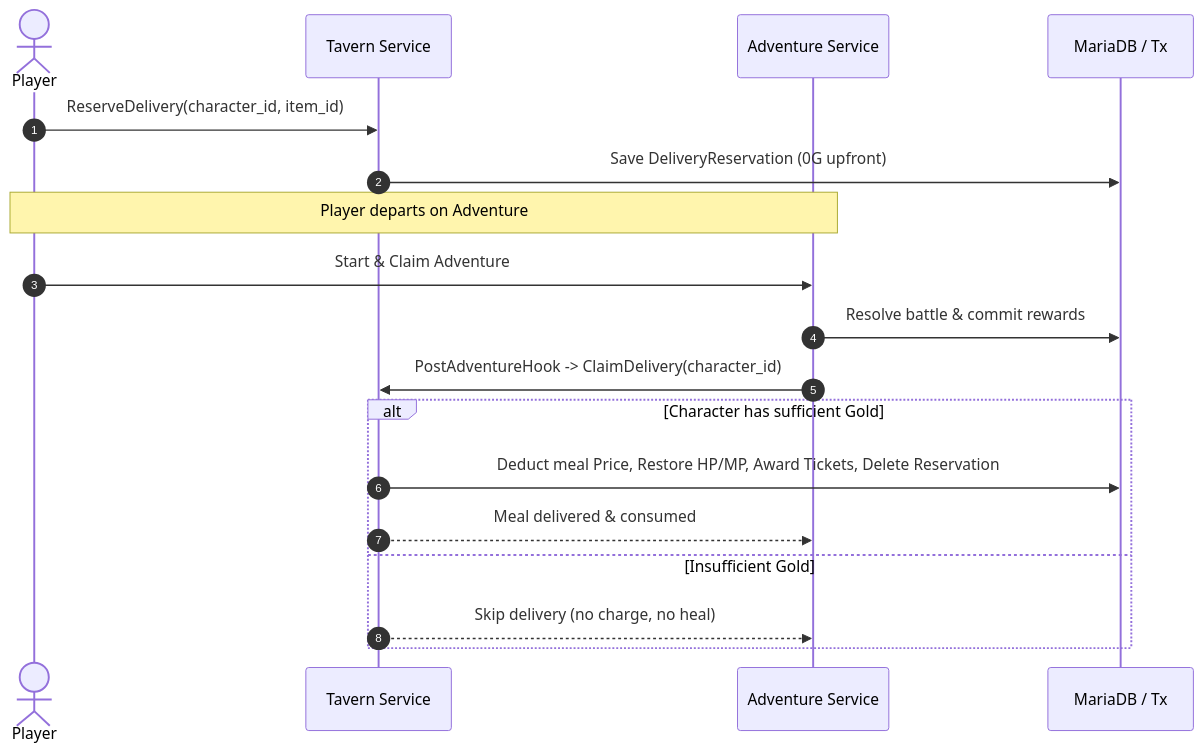
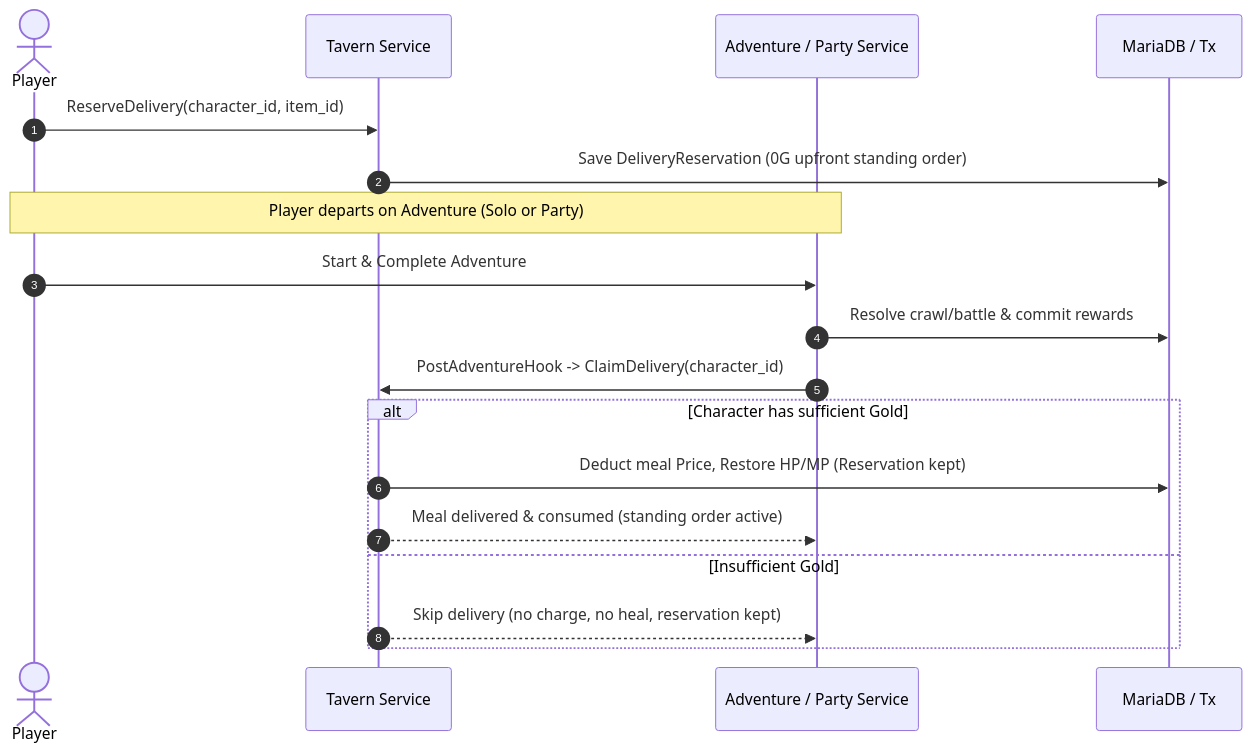
One commit to witchcraze/party2re changed the diagram in docs/design/delivery.md. Above: the diagram before and after it, drawn with Mermaid. The commit also changed other lines of this file and 9 other files, not shown here.

Commit message:
refactor(tavern): restore food delivery standing order and trigger on party adventure (#595)

````diff
--- a/docs/design/delivery.md
+++ b/docs/design/delivery.md
@@ -15,21 +15,21 @@
 ```mermaid
 sequenceDiagram
     autonumber
     actor Player
     participant Tavern as Tavern Service
-    participant Adv as Adventure Service
+    participant Adv as Adventure / Party Service
     participant DB as MariaDB / Tx
 
     Player->>Tavern: ReserveDelivery(character_id, item_id)
-    Tavern->>DB: Save DeliveryReservation (0G upfront)
-    Note over Player,Adv: Player departs on Adventure
-    Player->>Adv: Start & Claim Adventure
-    Adv->>DB: Resolve battle & commit rewards
+    Tavern->>DB: Save DeliveryReservation (0G upfront standing order)
+    Note over Player,Adv: Player departs on Adventure (Solo or Party)
+    Player->>Adv: Start & Complete Adventure
+    Adv->>DB: Resolve crawl/battle & commit rewards
     Adv->>Tavern: PostAdventureHook -> ClaimDelivery(character_id)
     alt Character has sufficient Gold
-        Tavern->>DB: Deduct meal Price, Restore HP/MP, Award Tickets, Delete Reservation
-        Tavern-->>Adv: Meal delivered & consumed
+        Tavern->>DB: Deduct meal Price, Restore HP/MP (Reservation kept)
+        Tavern-->>Adv: Meal delivered & consumed (standing order active)
     else Insufficient Gold
-        Tavern-->>Adv: Skip delivery (no charge, no heal)
+        Tavern-->>Adv: Skip delivery (no charge, no heal, reservation kept)
     end
 ```
````
